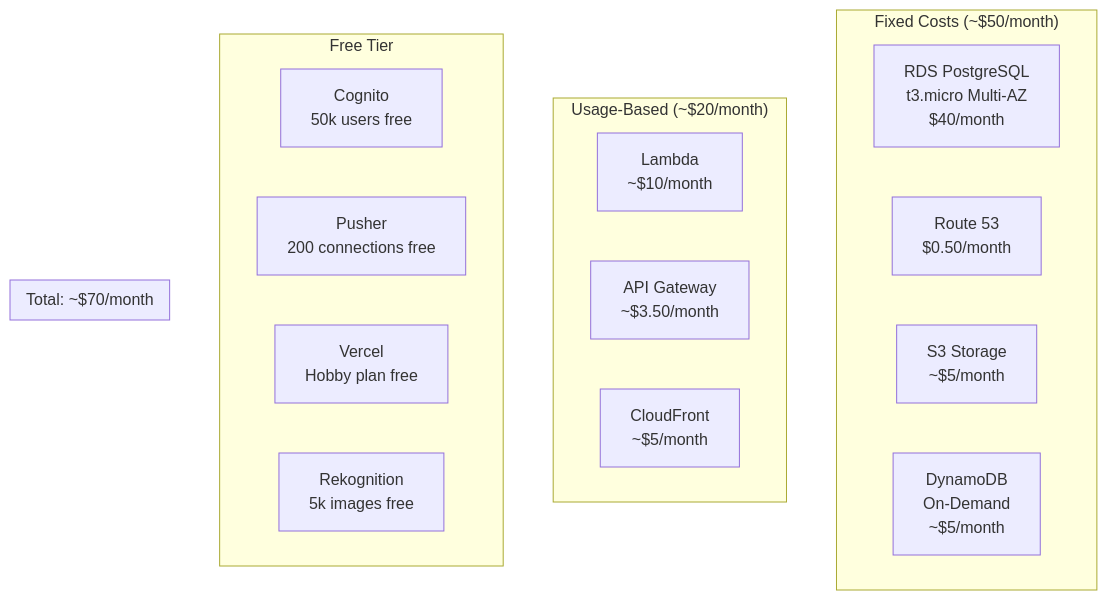
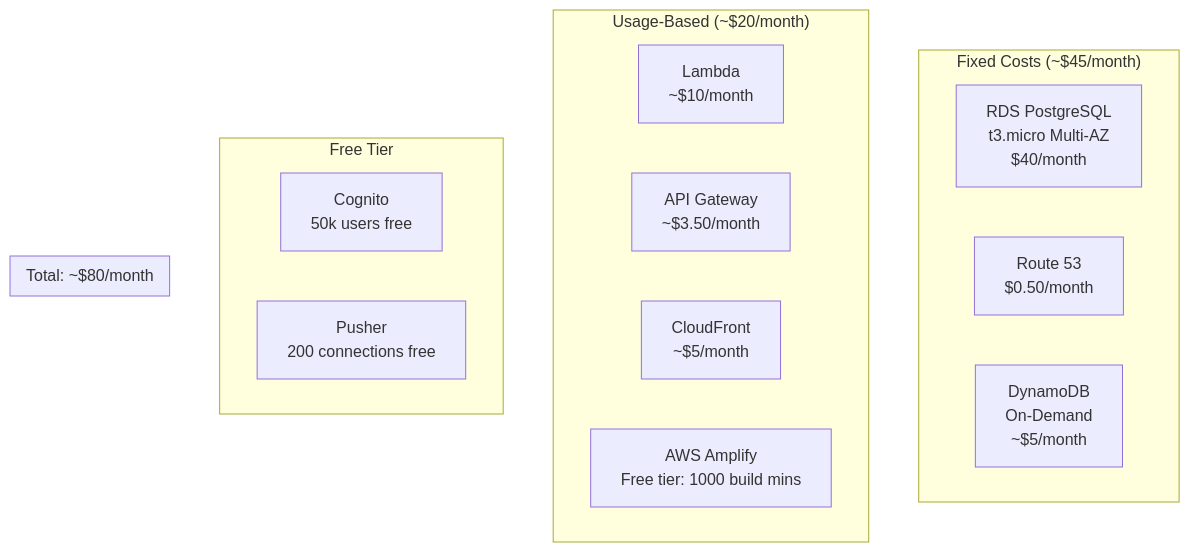
The third of 8 diagrams in docs/agents/01-architecture/current/infrastructure-diagram-mvp.md (bailedk/mile-quest), drawn with Mermaid before and after one commit. The commit also changed other lines of this file and 7 other files, not shown here.

First line of the commit message:
Switch hosting from Vercel to AWS Amplify and remove image upload features

````diff
--- a/docs/agents/01-architecture/current/infrastructure-diagram-mvp.md
+++ b/docs/agents/01-architecture/current/infrastructure-diagram-mvp.md
@@ -84,25 +78,24 @@
 ```mermaid
 graph TB
-    subgraph "Fixed Costs (~$50/month)"
+    subgraph "Fixed Costs (~$45/month)"
         RDS[RDS PostgreSQL<br/>t3.micro Multi-AZ<br/>$40/month]
         R53[Route 53<br/>$0.50/month]
-        S3[S3 Storage<br/>~$5/month]
         DDB[DynamoDB<br/>On-Demand<br/>~$5/month]
     end
     
     subgraph "Usage-Based (~$20/month)"
         LAMBDA[Lambda<br/>~$10/month]
         APIG[API Gateway<br/>~$3.50/month]
         CF[CloudFront<br/>~$5/month]
+        AMPLIFY[AWS Amplify<br/>~$17/month]
     end
     
     subgraph "Free Tier"
         COG[Cognito<br/>50k users free]
         PUSHER[Pusher<br/>200 connections free]
-        VERCEL[Vercel<br/>Hobby plan free]
-        REK[Rekognition<br/>5k images free]
+        AMPLIFY[AWS Amplify<br/>Free tier: 1000 build mins]
     end
     
-    subgraph "Total: ~$70/month"
+    subgraph "Total: ~$80/month"
     end
 ```
````
